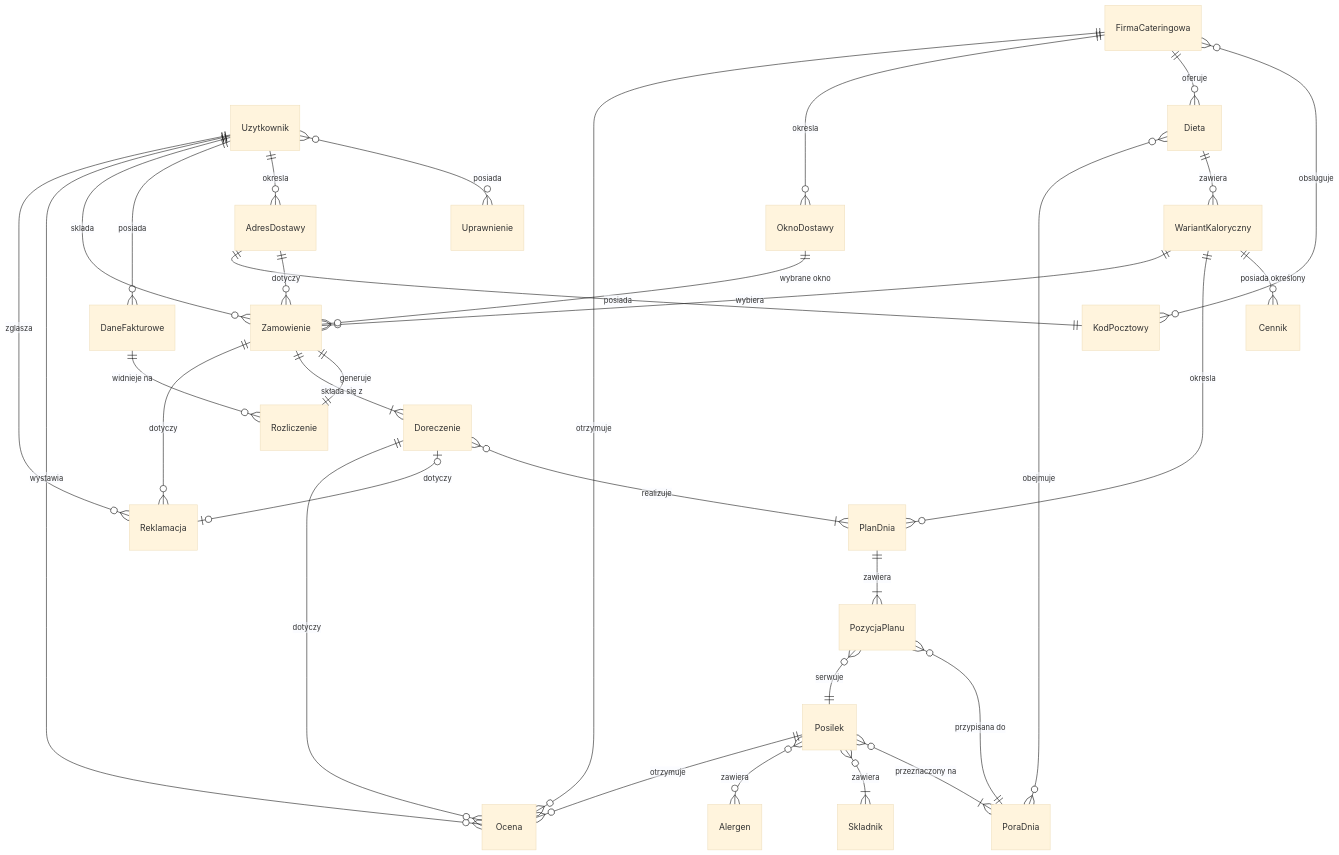
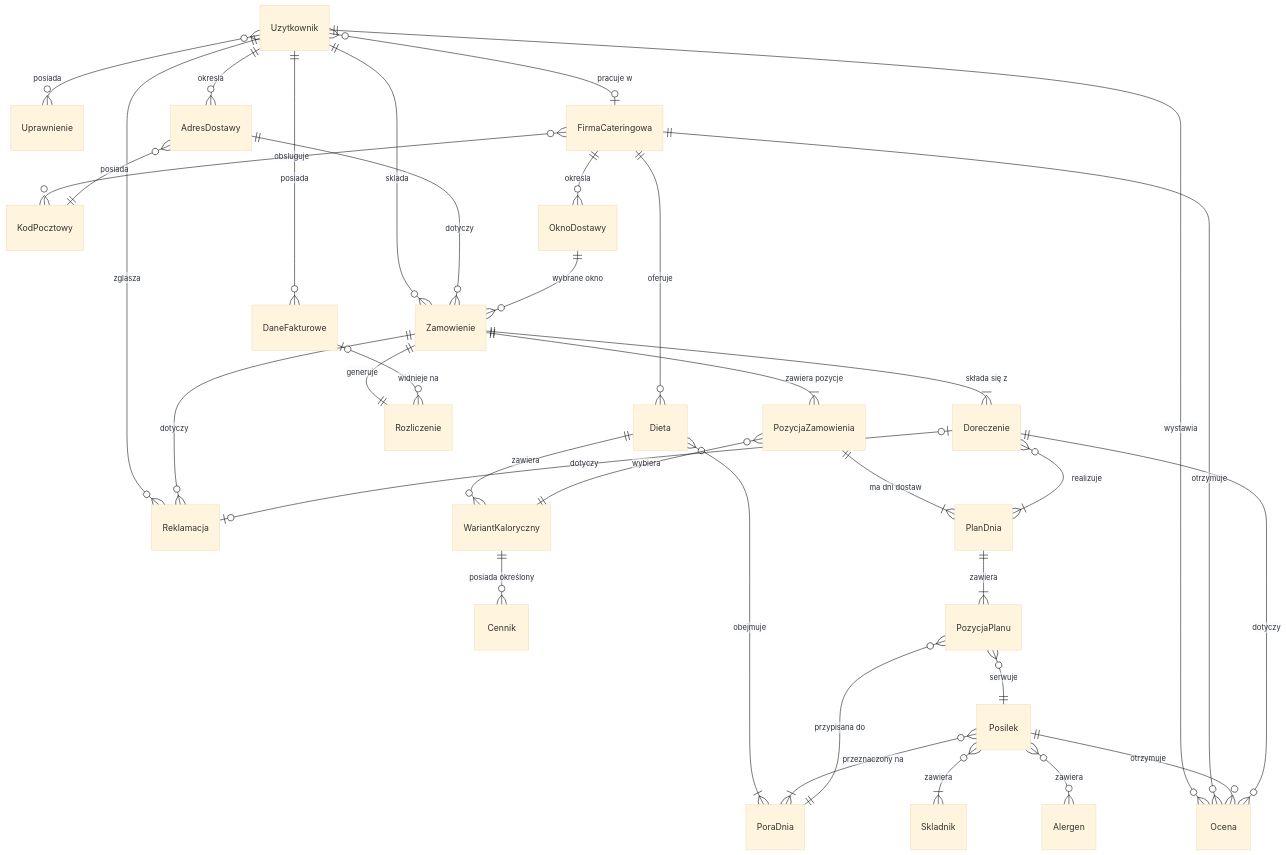
One commit to M1KUS3Q/spolka-inwestycyjna-maciej-frackiewicz changed the diagram in ERD.md. Above: the diagram before and after it, drawn with Mermaid (base theme). The commit also changed other lines of this file and 1 other file, not shown here.

Commit message:
decouple Zamówienie from WariantKaloryczny by introducing a middleman entity; minor tweaks

````diff
--- a/ERD.md
+++ b/ERD.md
@@ -5,44 +5,47 @@
 ```mermaid
 erDiagram
     Uzytkownik }o--o{ Uprawnienie : "posiada"
     Uzytkownik ||--o{ AdresDostawy : "okresla"
     Uzytkownik ||--o{ DaneFakturowe : "posiada"
     Uzytkownik ||--o{ Zamowienie : "sklada"
     Uzytkownik ||--o{ Ocena : "wystawia"
     Uzytkownik ||--o{ Reklamacja : "zglasza"
+    Uzytkownik }o--o| FirmaCateringowa : "pracuje w"
 
     FirmaCateringowa }o--o{ KodPocztowy : "obsluguje"
     FirmaCateringowa ||--o{ Dieta : "oferuje"
     FirmaCateringowa ||--o{ OknoDostawy : "okresla"
     FirmaCateringowa ||--o{ Ocena : "otrzymuje"
 
     Dieta ||--o{ WariantKaloryczny : "zawiera"
-    Dieta }o--o{ PoraDnia : "obejmuje"
+    Dieta }o--|{ PoraDnia : "obejmuje"
 
     WariantKaloryczny ||--o{ Cennik : "posiada określony"
-    WariantKaloryczny ||--o{ PlanDnia : "okresla"
-    WariantKaloryczny ||--o{ Zamowienie : "wybiera"
+
+    PozycjaZamowienia }o--|| WariantKaloryczny : "wybiera"
+    PozycjaZamowienia ||--|{ PlanDnia : "ma dni dostaw"
 
     Posilek }o--|{ PoraDnia : "przeznaczony na"
     Posilek }o--|{ Skladnik : "zawiera"
     Posilek }o--o{ Alergen : "zawiera"
     Posilek ||--o{ Ocena : "otrzymuje"
 
     PlanDnia ||--|{ PozycjaPlanu : "zawiera"
     PozycjaPlanu }o--|| PoraDnia : "przypisana do"
     PozycjaPlanu }o--|| Posilek : "serwuje"
 
     AdresDostawy ||--o{ Zamowienie : "dotyczy"
-    AdresDostawy ||--|| KodPocztowy : "posiada"
+    AdresDostawy }o--|| KodPocztowy : "posiada"
     OknoDostawy ||--o{ Zamowienie : "wybrane okno"
 
+    Zamowienie ||--|{ PozycjaZamowienia : "zawiera pozycje"
     Zamowienie ||--|| Rozliczenie : "generuje"
     Zamowienie ||--|{ Doreczenie : "składa się z"
     Zamowienie ||--o{ Reklamacja : "dotyczy"
 
-    DaneFakturowe ||--o{ Rozliczenie : "widnieje na"
+    DaneFakturowe |o--o{ Rozliczenie : "widnieje na"
 
     Doreczenie }o--|{ PlanDnia : "realizuje"
     Doreczenie |o--o| Reklamacja : "dotyczy"
     Doreczenie ||--o{ Ocena : "dotyczy"
 ```
````
